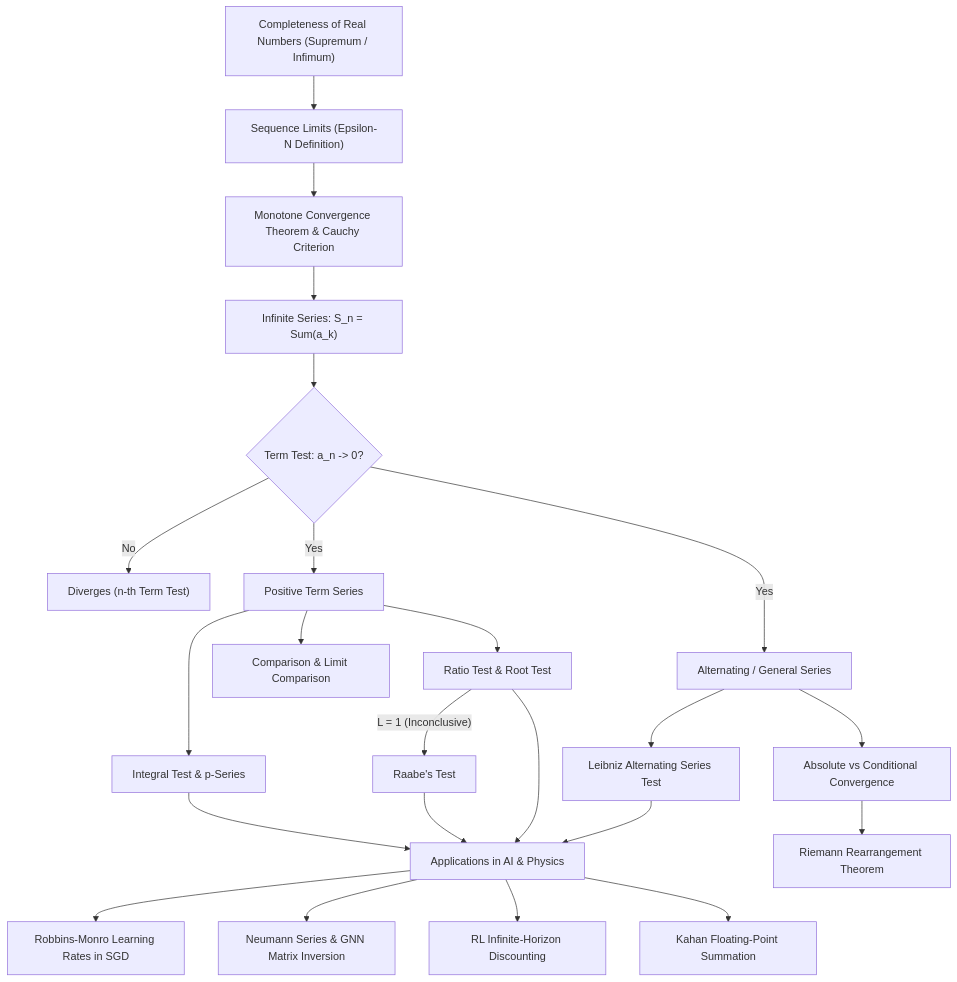
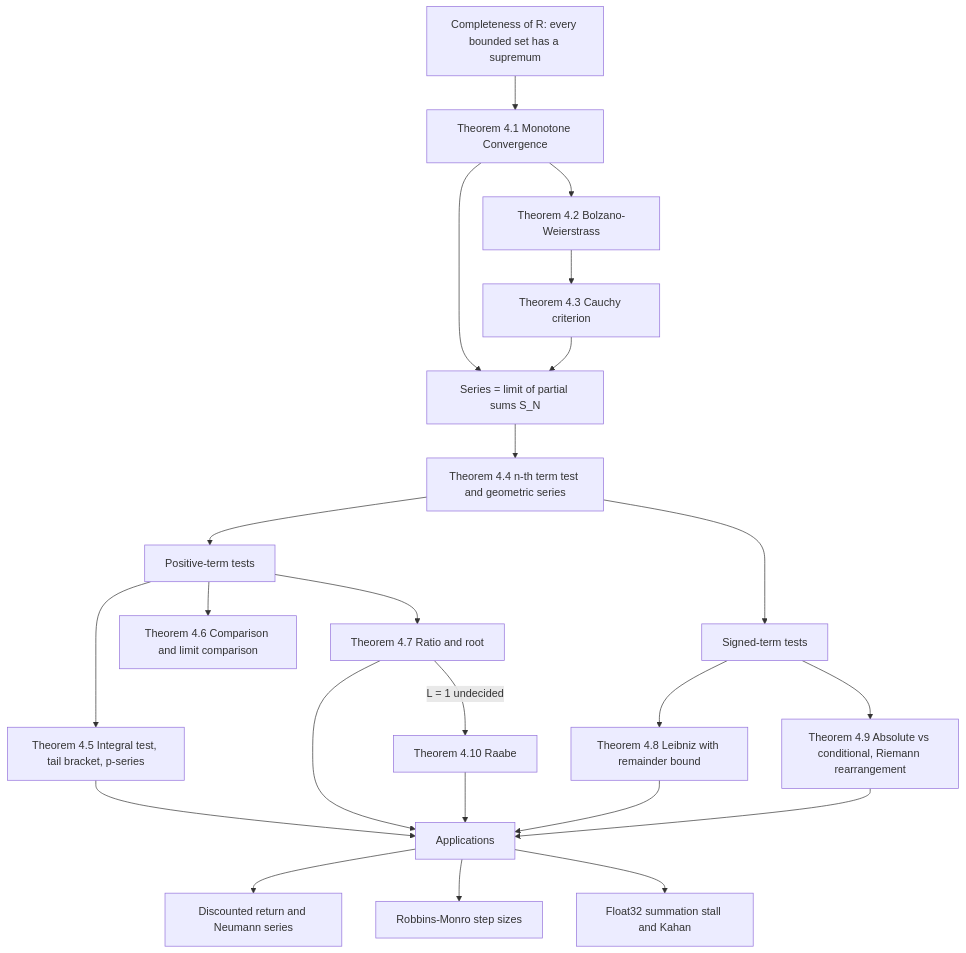
One commit to hien078/applied-mathematics-foundation changed the diagram in calculus/08_sequences_series_convergence/README.md. Above: the diagram before and after it, drawn with Mermaid. The commit also changed other lines of this file and 25 other files, not shown here.

````diff
--- a/calculus/08_sequences_series_convergence/README.md
+++ b/calculus/08_sequences_series_convergence/README.md
@@ -34,25 +56,25 @@
 ```mermaid
 flowchart TD
-    A["Completeness of Real Numbers (Supremum / Infimum)"] --> B["Sequence Limits (Epsilon-N Definition)"]
-    B --> C["Monotone Convergence Theorem & Cauchy Criterion"]
-    C --> D["Infinite Series: S_n = Sum(a_k)"]
-    D --> E{"Term Test: a_n -> 0?"}
-    E -- "No" --> F["Diverges (n-th Term Test)"]
-    E -- "Yes" --> G["Positive Term Series"]
-    E -- "Yes" --> H["Alternating / General Series"]
-    
-    G --> I["Integral Test & p-Series"]
-    G --> J["Comparison & Limit Comparison"]
-    G --> K["Ratio Test & Root Test"]
-    K -- "L = 1 (Inconclusive)" --> L["Raabe's Test"]
-    
-    H --> M["Leibniz Alternating Series Test"]
-    H --> N["Absolute vs Conditional Convergence"]
-    N --> O["Riemann Rearrangement Theorem"]
-    
-    I & K & L & M --> P["Applications in AI & Physics"]
-    P --> Q["Robbins-Monro Learning Rates in SGD"]
-    P --> R["Neumann Series & GNN Matrix Inversion"]
-    P --> S["RL Infinite-Horizon Discounting"]
-    P --> T["Kahan Floating-Point Summation"]
+    A["Completeness of R: every bounded set has a supremum"] --> B["Theorem 4.1 Monotone Convergence"]
+    B --> C["Theorem 4.2 Bolzano-Weierstrass"]
+    C --> D["Theorem 4.3 Cauchy criterion"]
+    B --> E["Series = limit of partial sums S_N"]
+    D --> E
+    E --> F["Theorem 4.4 n-th term test and geometric series"]
+    F --> G["Positive-term tests"]
+    F --> H["Signed-term tests"]
+    G --> I["Theorem 4.5 Integral test, tail bracket, p-series"]
+    G --> J["Theorem 4.6 Comparison and limit comparison"]
+    G --> K["Theorem 4.7 Ratio and root"]
+    K -- "L = 1 undecided" --> L["Theorem 4.10 Raabe"]
+    H --> M["Theorem 4.8 Leibniz with remainder bound"]
+    H --> N["Theorem 4.9 Absolute vs conditional, Riemann rearrangement"]
+    I --> O["Applications"]
+    K --> O
+    L --> O
+    M --> O
+    N --> O
+    O --> P["Discounted return and Neumann series"]
+    O --> Q["Robbins-Monro step sizes"]
+    O --> R["Float32 summation stall and Kahan"]
 ```
````
